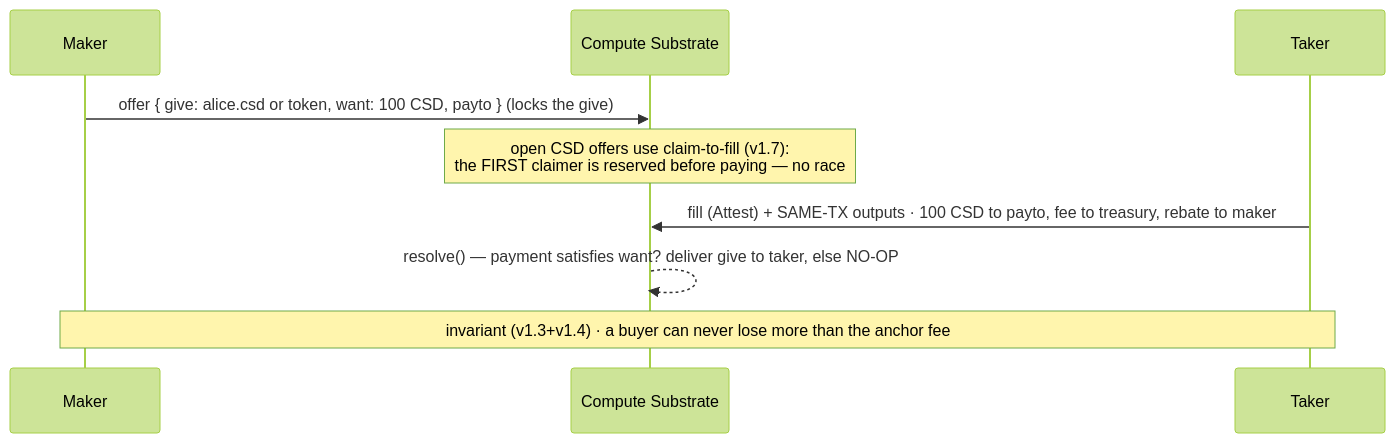
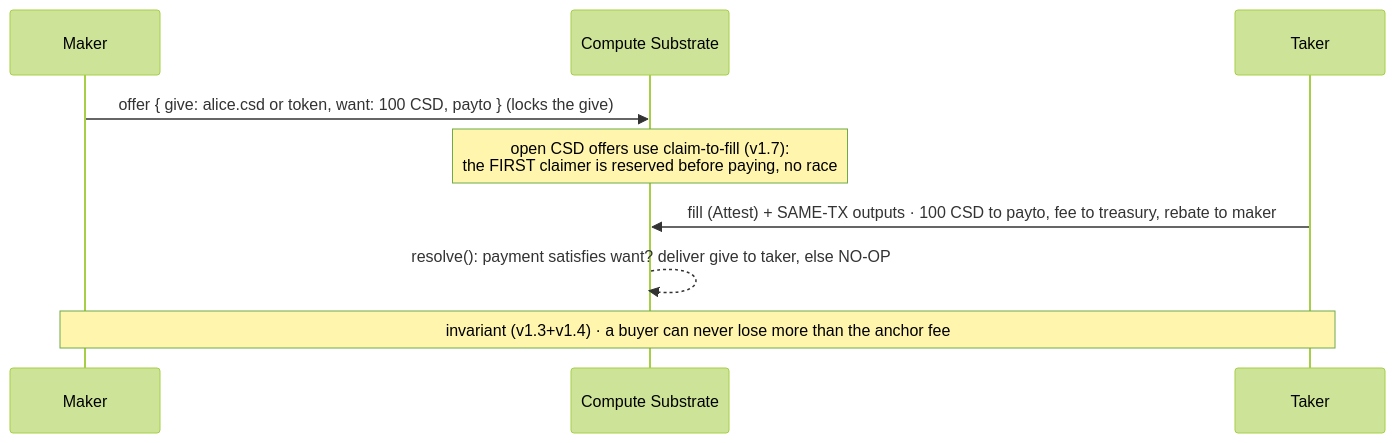
One commit to InverseAltruism/csd-sdk changed the fourth of 4 diagrams in packages/cairnx/README.md. Above: the diagram before and after it, drawn with Mermaid (forest theme). The commit also changed other lines of this file and 11 other files, not shown here.

````diff
--- a/packages/cairnx/README.md
+++ b/packages/cairnx/README.md
@@ -204,11 +201,11 @@
 ```mermaid
 sequenceDiagram
   participant Maker
   participant Chain as Compute Substrate
   participant Taker
   Maker->>Chain: offer { give: alice.csd or token, want: 100 CSD, payto }  (locks the give)
-  Note over Chain: open CSD offers use claim-to-fill (v1.7):<br/>the FIRST claimer is reserved before paying — no race
+  Note over Chain: open CSD offers use claim-to-fill (v1.7):<br/>the FIRST claimer is reserved before paying, no race
   Taker->>Chain: fill (Attest) + SAME-TX outputs · 100 CSD to payto, fee to treasury, rebate to maker
-  Chain-->>Chain: resolve() — payment satisfies want? deliver give to taker, else NO-OP
+  Chain-->>Chain: resolve(): payment satisfies want? deliver give to taker, else NO-OP
   Note over Maker,Taker: invariant (v1.3+v1.4) · a buyer can never lose more than the anchor fee
 ```
````
